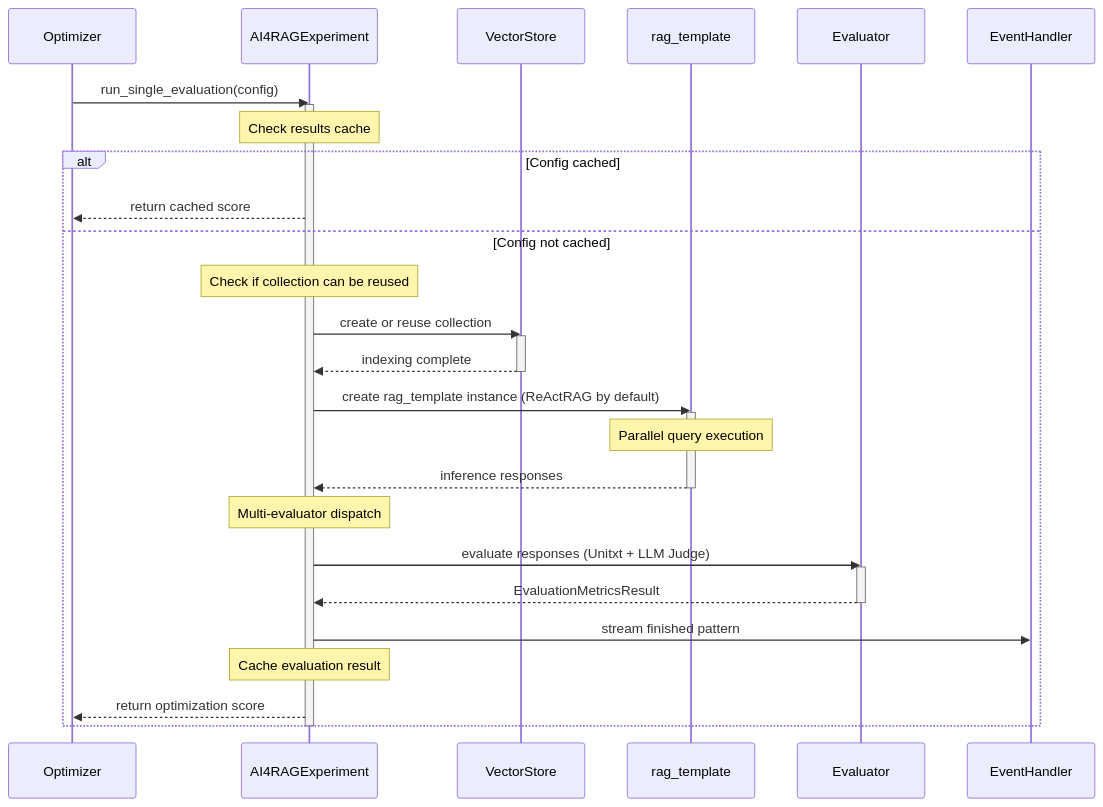
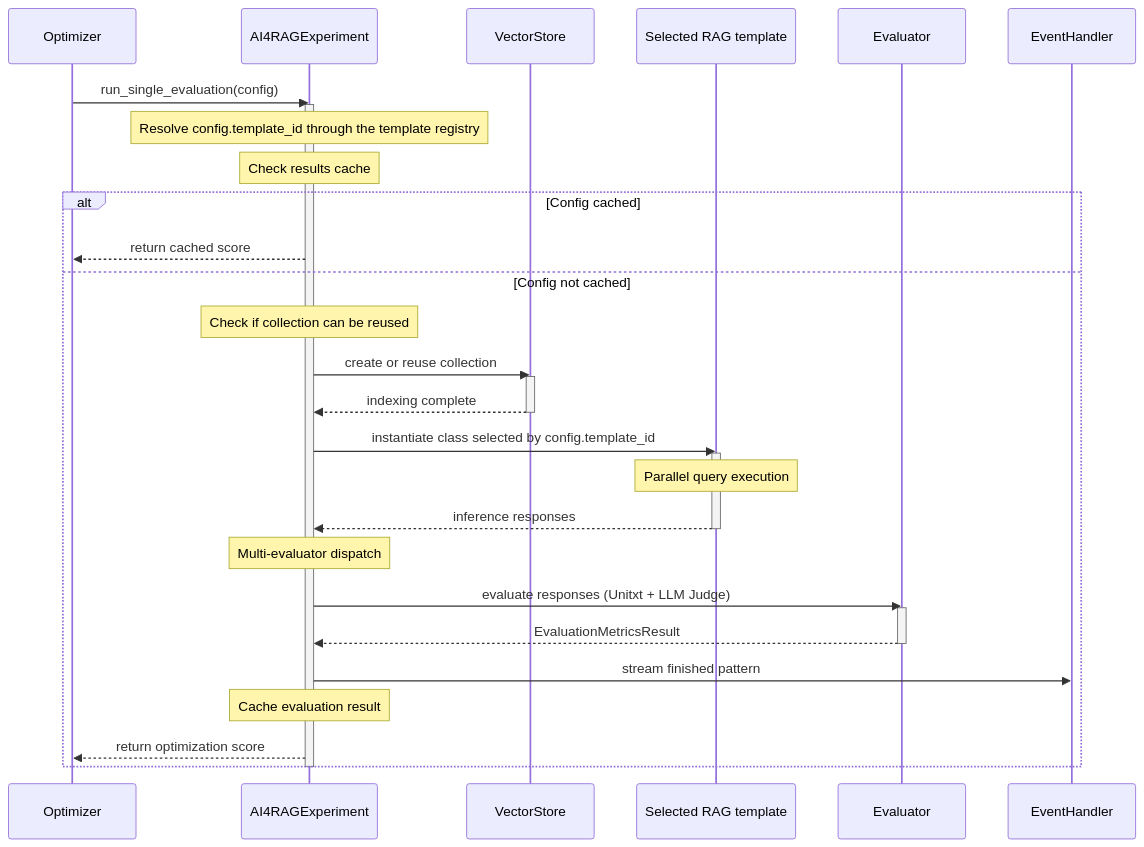
The second of 3 diagrams in docs/architecture/core-components.md (IBM/ai4rag), drawn with Mermaid before and after one commit. The commit also changed other lines of this file and 2 other files, not shown here.

First line of the commit message:
docs: clarify template selection and graph settings

````diff
--- a/docs/architecture/core-components.md
+++ b/docs/architecture/core-components.md
@@ -120,40 +120,41 @@
 ```mermaid
 sequenceDiagram
     participant Optimizer
     participant Exp as AI4RAGExperiment
     participant VS as VectorStore
-    participant RAG as rag_template
+    participant RAG as Selected RAG template
     participant Eval as Evaluator
     participant EH as EventHandler
 
     Optimizer->>Exp: run_single_evaluation(config)
     activate Exp
+    Note over Exp: Resolve config.template_id through the template registry
     Note over Exp: Check results cache
 
     alt Config cached
         Exp-->>Optimizer: return cached score
     else Config not cached
         Note over Exp: Check if collection can be reused
         Exp->>VS: create or reuse collection
         activate VS
         VS-->>Exp: indexing complete
         deactivate VS
 
-        Exp->>RAG: create rag_template instance (ReActRAG by default)
+        Exp->>RAG: instantiate class selected by config.template_id
         activate RAG
         Note over RAG: Parallel query execution
         RAG-->>Exp: inference responses
         deactivate RAG
 
         Note over Exp: Multi-evaluator dispatch
         Exp->>Eval: evaluate responses (Unitxt + LLM Judge)
         activate Eval
         Eval-->>Exp: EvaluationMetricsResult
         deactivate Eval
 
         Exp->>EH: stream finished pattern
         Note over Exp: Cache evaluation result
         Exp-->>Optimizer: return optimization score
     end
     deactivate Exp
 ```
````
